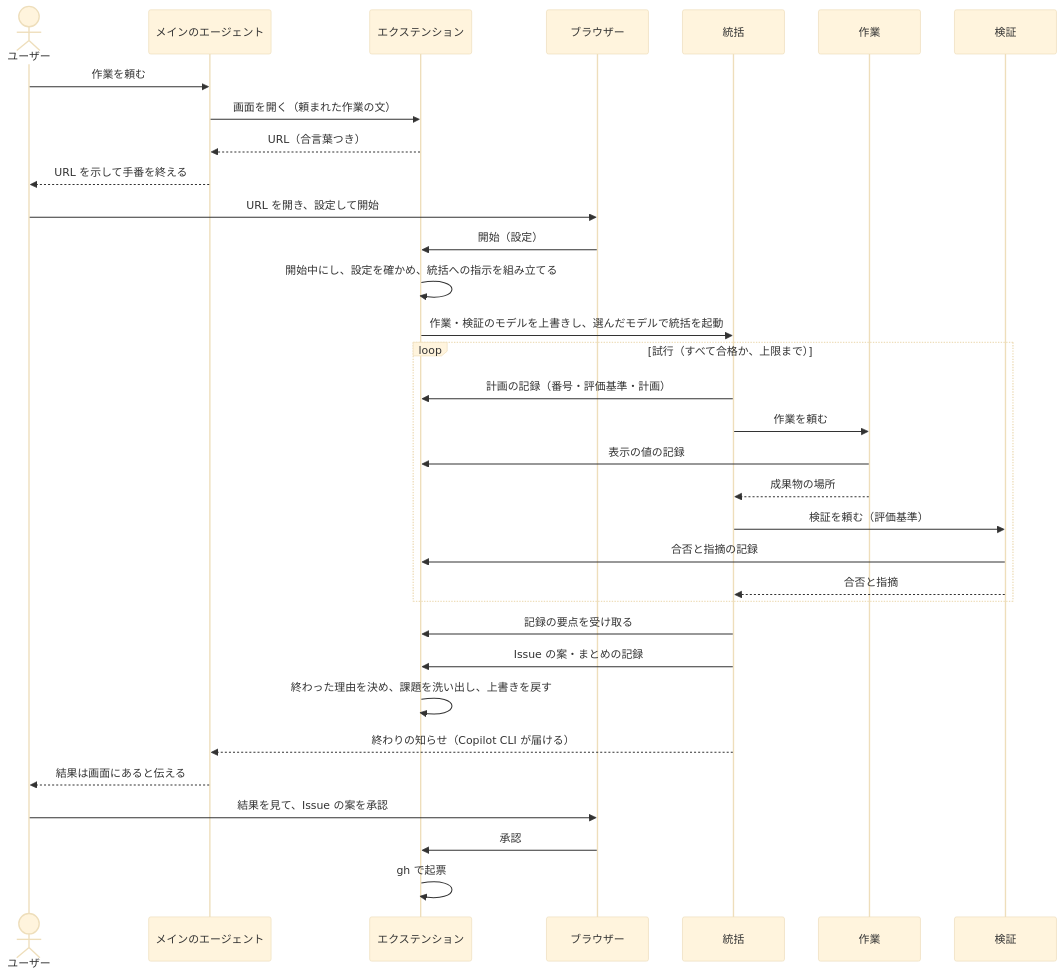
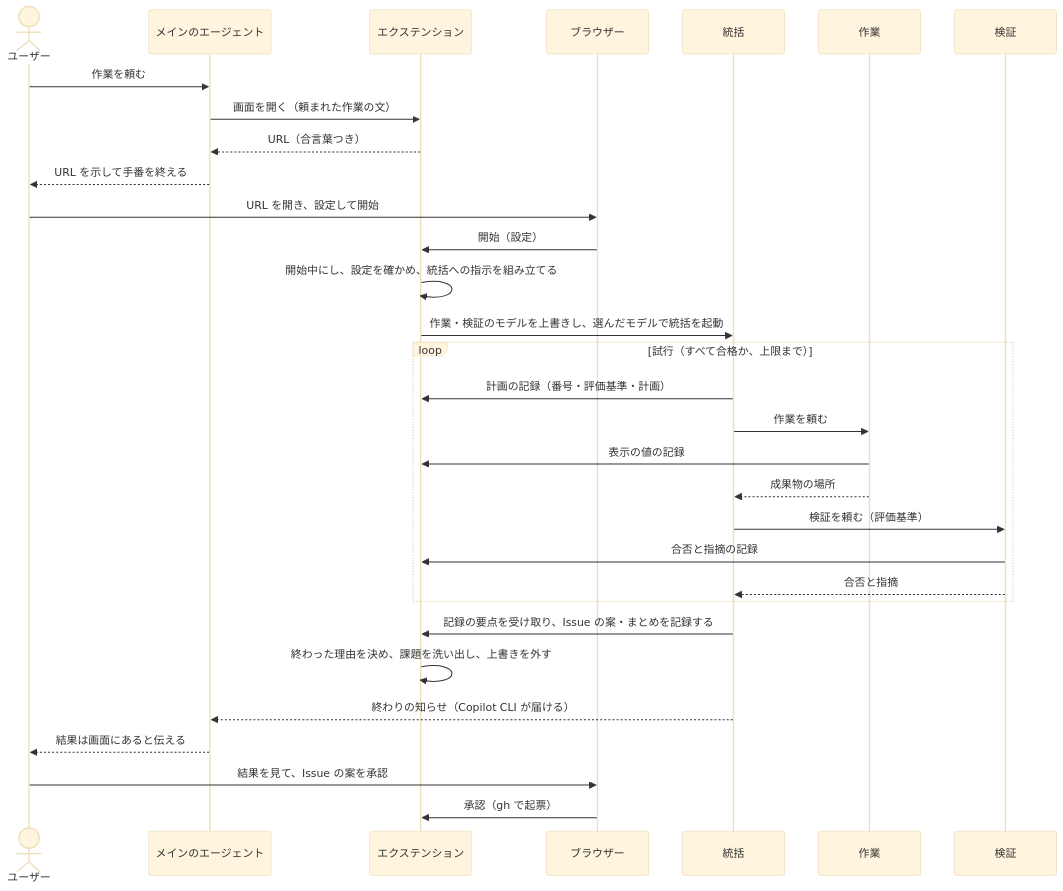
The second of 4 diagrams in docs/design/generated-plugin-structure.md (imaeda-hub/plugin-creater), drawn with Mermaid (base theme) before and after one commit. The commit also changed other lines of this file and 2 other files, not shown here.

````diff
--- a/docs/design/generated-plugin-structure.md
+++ b/docs/design/generated-plugin-structure.md
@@ -326,36 +290,34 @@
 ```mermaid
 sequenceDiagram
   actor U as ユーザー
   participant M as メインのエージェント
   participant E as エクステンション
   participant B as ブラウザー
   participant O as 統括
   participant W as 作業
   participant V as 検証
 
   U->>M: 作業を頼む
   M->>E: 画面を開く（頼まれた作業の文）
   E-->>M: URL（合言葉つき）
   M-->>U: URL を示して手番を終える
   U->>B: URL を開き、設定して開始
   B->>E: 開始（設定）
   E->>E: 開始中にし、設定を確かめ、統括への指示を組み立てる
   E->>O: 作業・検証のモデルを上書きし、選んだモデルで統括を起動
   loop 試行（すべて合格か、上限まで）
     O->>E: 計画の記録（番号・評価基準・計画）
     O->>W: 作業を頼む
     W->>E: 表示の値の記録
     W-->>O: 成果物の場所
     O->>V: 検証を頼む（評価基準）
     V->>E: 合否と指摘の記録
     V-->>O: 合否と指摘
   end
-  O->>E: 記録の要点を受け取る
-  O->>E: Issue の案・まとめの記録
-  E->>E: 終わった理由を決め、課題を洗い出し、上書きを戻す
+  O->>E: 記録の要点を受け取り、Issue の案・まとめを記録する
+  E->>E: 終わった理由を決め、課題を洗い出し、上書きを外す
   O-->>M: 終わりの知らせ（Copilot CLI が届ける）
   M-->>U: 結果は画面にあると伝える
   U->>B: 結果を見て、Issue の案を承認
-  B->>E: 承認
-  E->>E: gh で起票
+  B->>E: 承認（gh で起票）
 ```
````
